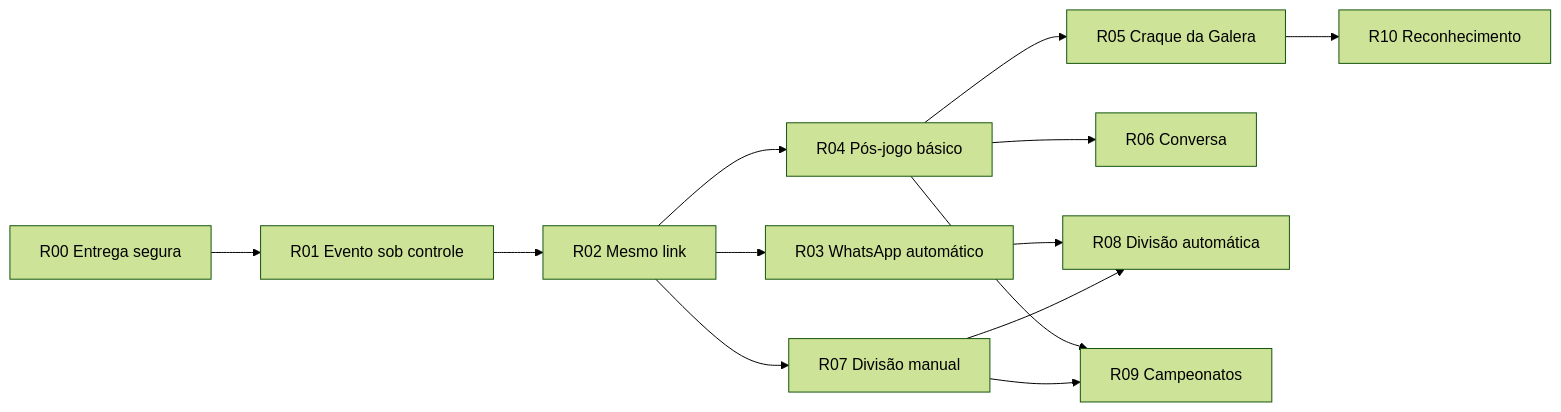
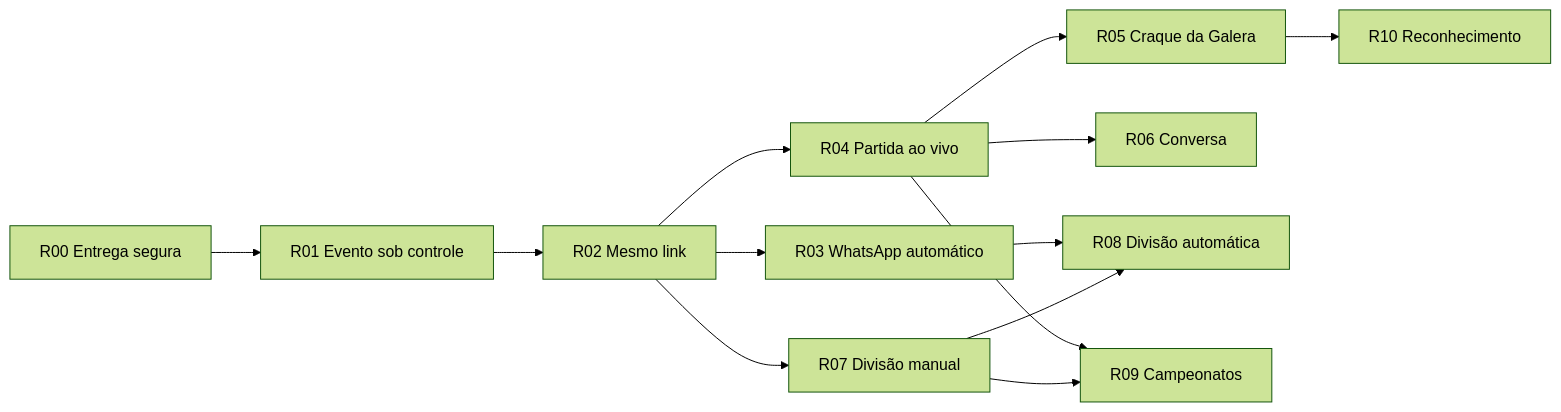
Before and after one commit to givaldos/deutime: the diagram in docs/roadmap.md, drawn with Mermaid (forest theme). The commit also changed other lines of this file and 4 other files, not shown here.

````diff
--- a/docs/roadmap.md
+++ b/docs/roadmap.md
@@ -78,15 +105,15 @@
 ```mermaid
 flowchart LR
     R00["R00 Entrega segura"] --> R01["R01 Evento sob controle"]
     R01 --> R02["R02 Mesmo link"]
     R02 --> R03["R03 WhatsApp automático"]
-    R02 --> R04["R04 Pós-jogo básico"]
+    R02 --> R04["R04 Partida ao vivo"]
     R02 --> R07["R07 Divisão manual"]
     R04 --> R05["R05 Craque da Galera"]
     R04 --> R06["R06 Conversa"]
     R03 --> R08["R08 Divisão automática"]
     R07 --> R08
     R04 --> R09["R09 Campeonatos"]
     R07 --> R09
     R05 --> R10["R10 Reconhecimento"]
 ```
````
